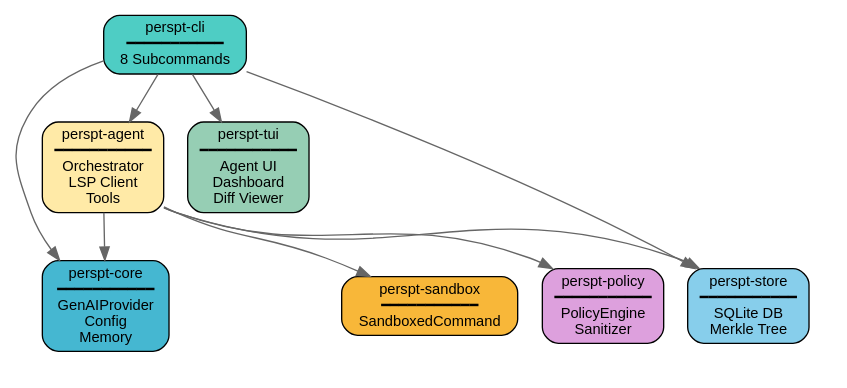
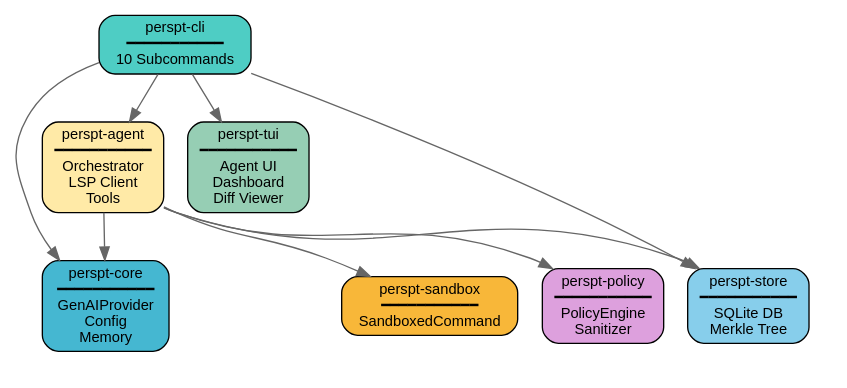
One commit to eonseed/perspt changed the second of 3 diagrams in docs/perspt_book/source/developer-guide/architecture.rst. Above: the diagram before and after it, drawn with Graphviz. The commit also changed other lines of this file and 19 other files, not shown here.

```diff
--- a/docs/perspt_book/source/developer-guide/architecture.rst
+++ b/docs/perspt_book/source/developer-guide/architecture.rst
@@ -36,36 +36,36 @@
 .. graphviz::
    :align: center
    :caption: Crate Dependencies
 
    digraph dependencies {
        rankdir=TB;
        node [shape=box, style="rounded,filled", fontname="Helvetica", fontsize=11];
        edge [color="#666666"];
        
-       cli [label="perspt-cli\n━━━━━━━━━━━\n8 Subcommands", fillcolor="#4ECDC4"];
+       cli [label="perspt-cli\n━━━━━━━━━━━\n10 Subcommands", fillcolor="#4ECDC4"];
        
        subgraph cluster_middle {
            rank=same;
            style=invis;
            tui [label="perspt-tui\n━━━━━━━━━━━\nAgent UI\nDashboard\nDiff Viewer", fillcolor="#96CEB4"];
            agent [label="perspt-agent\n━━━━━━━━━━━\nOrchestrator\nLSP Client\nTools", fillcolor="#FFEAA7"];
            core [label="perspt-core\n━━━━━━━━━━━\nGenAIProvider\nConfig\nMemory", fillcolor="#45B7D1"];
        }
        
        subgraph cluster_bottom {
            rank=same;
            style=invis;
            policy [label="perspt-policy\n━━━━━━━━━━━\nPolicyEngine\nSanitizer", fillcolor="#DDA0DD"];
            sandbox [label="perspt-sandbox\n━━━━━━━━━━━\nSandboxedCommand", fillcolor="#F8B739"];
            store [label="perspt-store\n━━━━━━━━━━━\nSQLite DB\nMerkle Tree", fillcolor="#87CEEB"];
        }
        
        cli -> tui;
        cli -> agent;
        cli -> core;
        cli -> store;
        agent -> policy;
        agent -> sandbox;
        agent -> core;
        agent -> store;
    }
```
